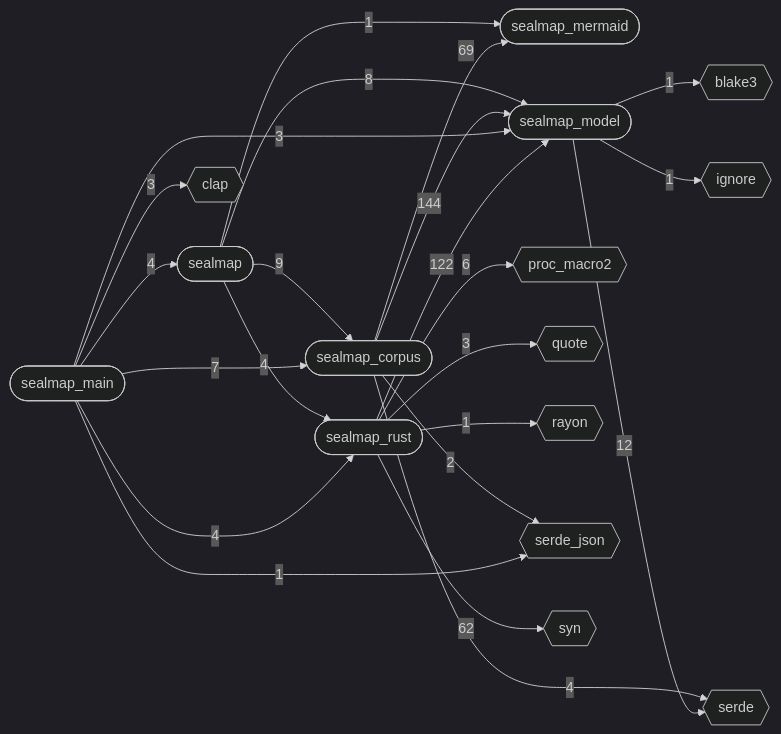
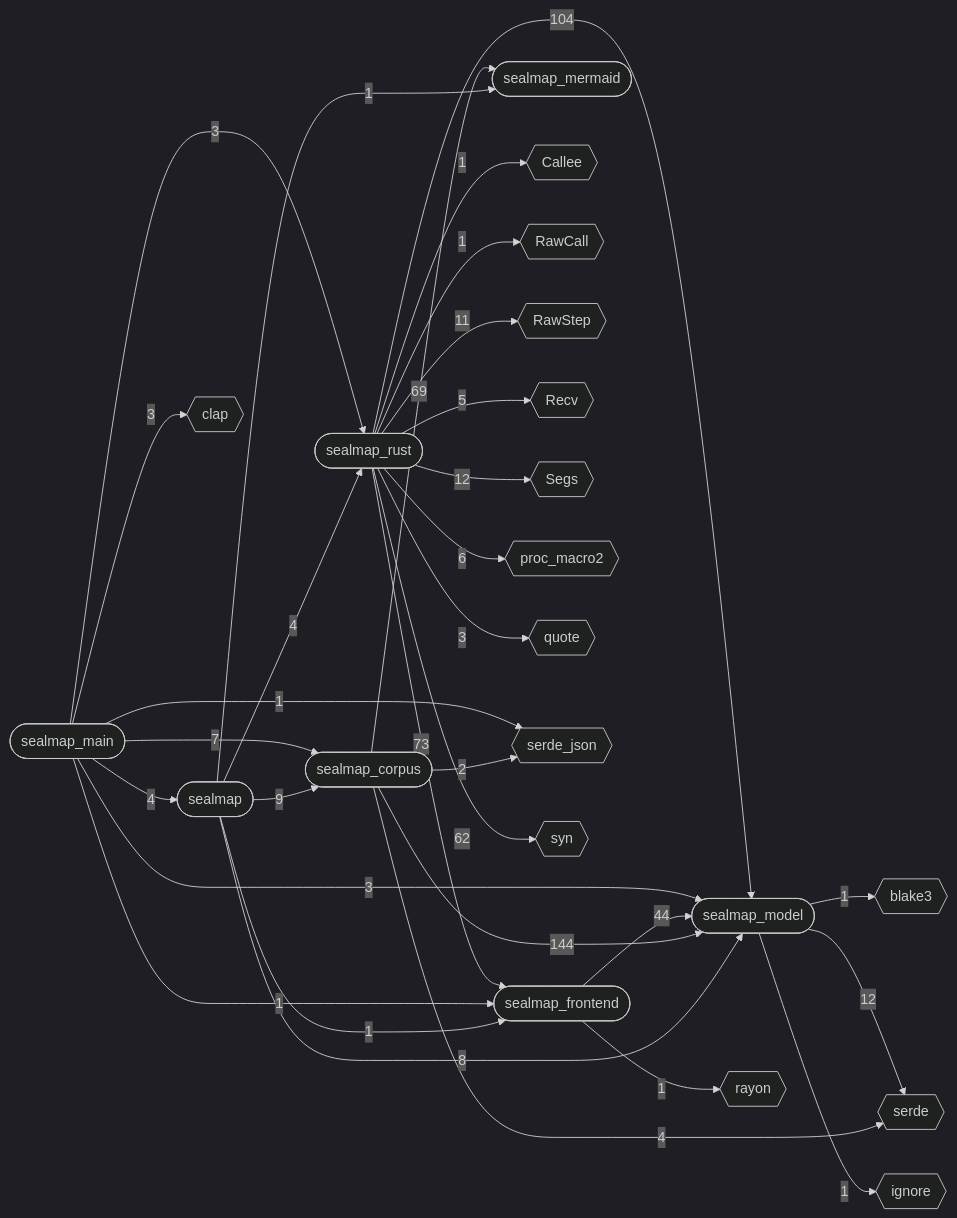
Before and after one commit to DreamLab-AI/codemaid: the first of 12 diagrams in docs/sealmap/_overview.md, drawn with Mermaid (dark theme). The commit also changed other lines of this file and 37 other files, not shown here.

First line of the commit message:
frontend: extract sealmap-frontend from sealmap-rust

````diff
--- a/docs/sealmap/_overview.md
+++ b/docs/sealmap/_overview.md
@@ -10,40 +10,55 @@
 ```mermaid
 flowchart LR
   sealmap(["sealmap"])
   sealmap_corpus(["sealmap_corpus"])
+  sealmap_frontend(["sealmap_frontend"])
   sealmap_main(["sealmap_main"])
   sealmap_mermaid(["sealmap_mermaid"])
   sealmap_model(["sealmap_model"])
   sealmap_rust(["sealmap_rust"])
+  Callee{{"Callee"}}
+  RawCall{{"RawCall"}}
+  RawStep{{"RawStep"}}
+  Recv{{"Recv"}}
+  Segs{{"Segs"}}
   blake3{{"blake3"}}
   clap{{"clap"}}
   ignore{{"ignore"}}
   proc_macro2{{"proc_macro2"}}
   quote{{"quote"}}
   rayon{{"rayon"}}
   serde{{"serde"}}
   serde_json{{"serde_json"}}
   syn{{"syn"}}
   sealmap -->|"9"| sealmap_corpus
+  sealmap -->|"1"| sealmap_frontend
   sealmap -->|"1"| sealmap_mermaid
   sealmap -->|"8"| sealmap_model
   sealmap -->|"4"| sealmap_rust
   sealmap_corpus -->|"69"| sealmap_mermaid
   sealmap_corpus -->|"144"| sealmap_model
   sealmap_corpus -->|"4"| serde
   sealmap_corpus -->|"2"| serde_json
+  sealmap_frontend -->|"1"| rayon
+  sealmap_frontend -->|"44"| sealmap_model
   sealmap_main -->|"3"| clap
   sealmap_main -->|"4"| sealmap
   sealmap_main -->|"7"| sealmap_corpus
+  sealmap_main -->|"1"| sealmap_frontend
   sealmap_main -->|"3"| sealmap_model
-  sealmap_main -->|"4"| sealmap_rust
+  sealmap_main -->|"3"| sealmap_rust
   sealmap_main -->|"1"| serde_json
   sealmap_model -->|"1"| blake3
   sealmap_model -->|"1"| ignore
   sealmap_model -->|"12"| serde
+  sealmap_rust -->|"1"| Callee
+  sealmap_rust -->|"1"| RawCall
+  sealmap_rust -->|"11"| RawStep
+  sealmap_rust -->|"5"| Recv
+  sealmap_rust -->|"12"| Segs
   sealmap_rust -->|"6"| proc_macro2
   sealmap_rust -->|"3"| quote
-  sealmap_rust -->|"1"| rayon
-  sealmap_rust -->|"122"| sealmap_model
+  sealmap_rust -->|"73"| sealmap_frontend
+  sealmap_rust -->|"104"| sealmap_model
   sealmap_rust -->|"62"| syn
 ```
````
